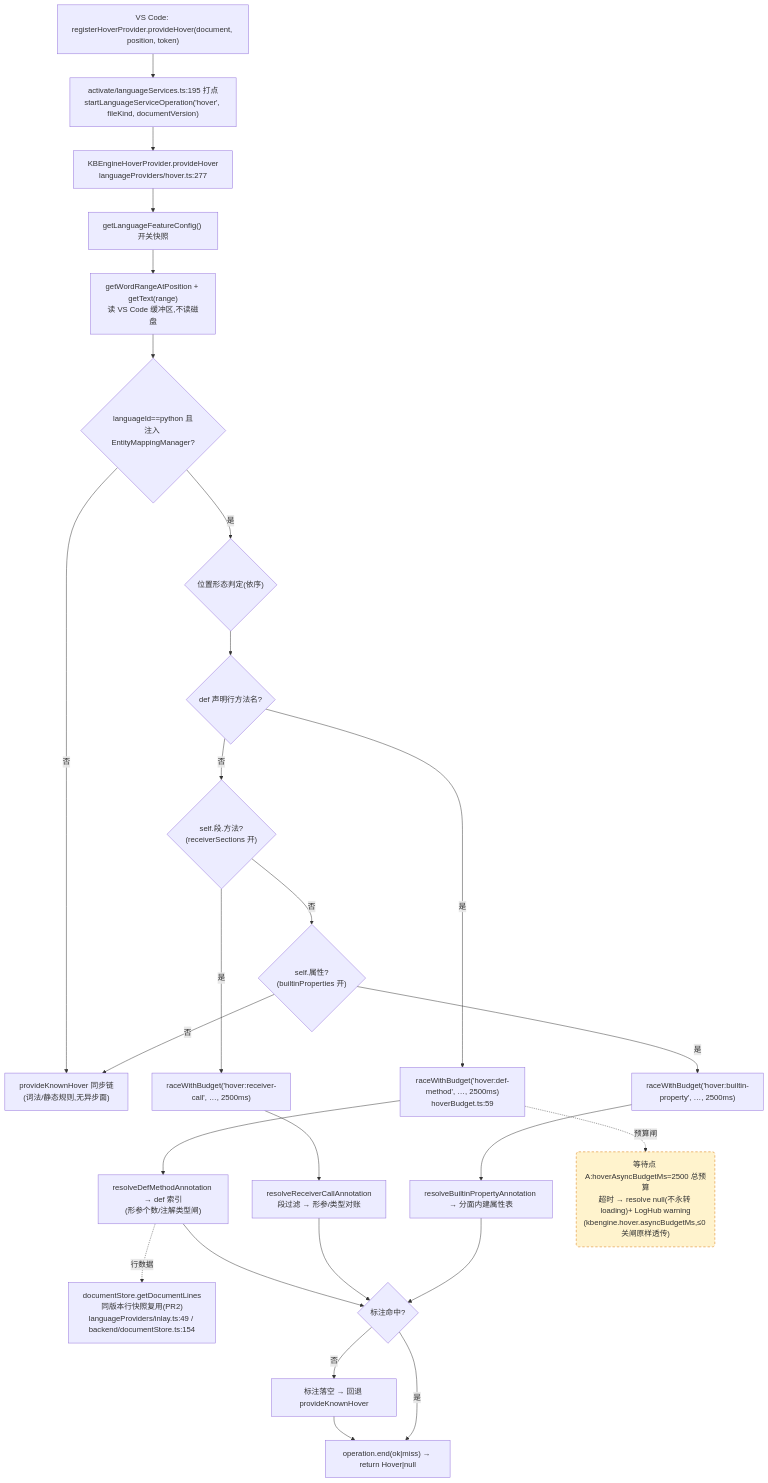
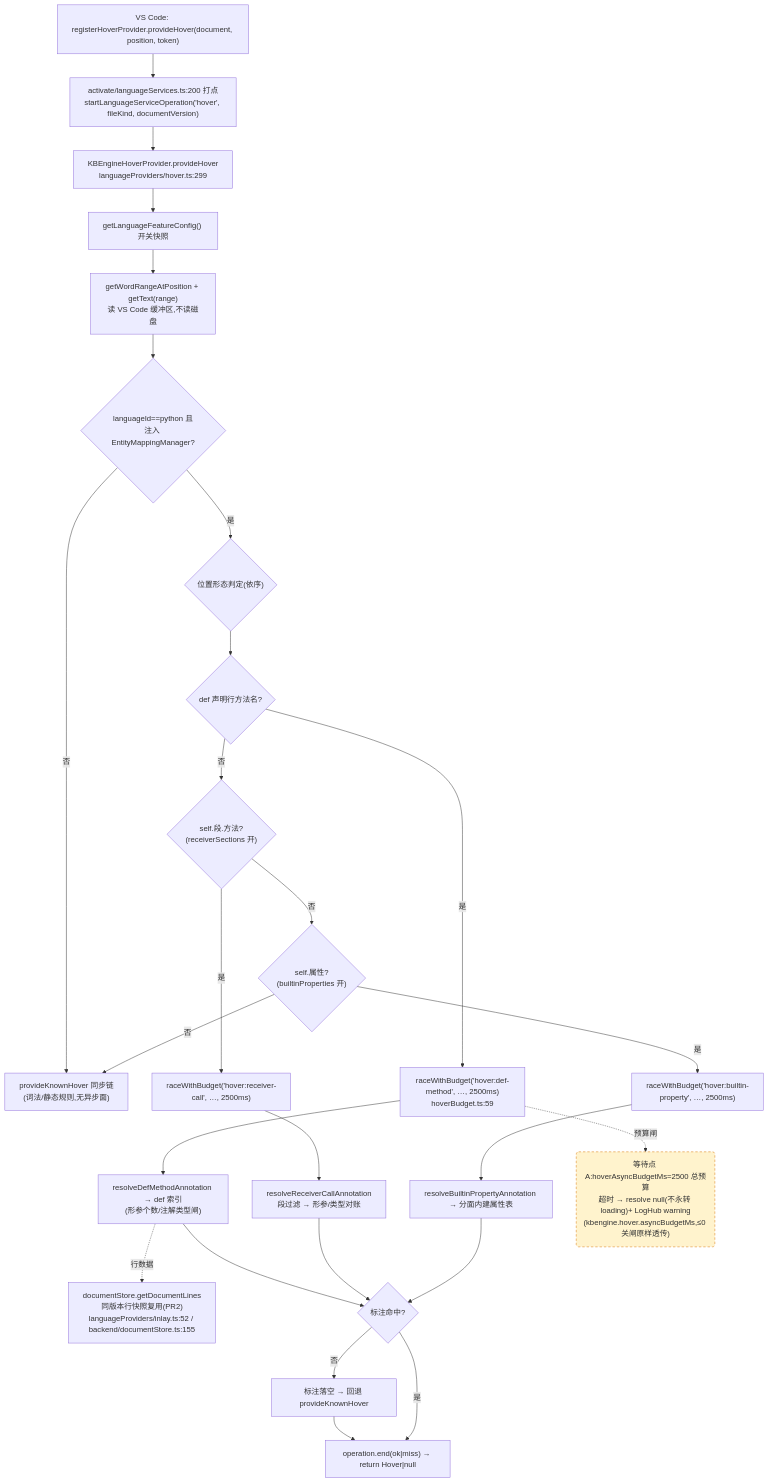
The first of 4 diagrams in docs/perf/2026-baseline.md (cuihairu/kode), drawn with Mermaid before and after one commit. The commit also changed other lines of this file and 19 other files, not shown here.

````diff
--- a/docs/perf/2026-baseline.md
+++ b/docs/perf/2026-baseline.md
@@ -82,45 +84,45 @@
 ```mermaid
 flowchart TD
   VC1["VS Code: registerHoverProvider.provideHover(document, position, token)"]
-  M1["activate/languageServices.ts:195 打点<br/>startLanguageServiceOperation('hover', fileKind, documentVersion)"]
-  HP["KBEngineHoverProvider.provideHover<br/>languageProviders/hover.ts:277"]
+  M1["activate/languageServices.ts:200 打点<br/>startLanguageServiceOperation('hover', fileKind, documentVersion)"]
+  HP["KBEngineHoverProvider.provideHover<br/>languageProviders/hover.ts:299"]
   CFG["getLanguageFeatureConfig() 开关快照"]
   WORD["getWordRangeAtPosition + getText(range)<br/>读 VS Code 缓冲区,不读磁盘"]
   BR{"languageId==python 且<br/>注入 EntityMappingManager?"}
   KN["provideKnownHover 同步链<br/>(词法/静态规则,无异步面)"]
   POS{"位置形态判定(依序)"}
   D1{"def 声明行方法名?"}
   D2{"self.段.方法?<br/>(receiverSections 开)"}
   D3{"self.属性?<br/>(builtinProperties 开)"}
   RA1["raceWithBudget('hover:def-method', …, 2500ms)<br/>hoverBudget.ts:59"]
   RA2["raceWithBudget('hover:receiver-call', …, 2500ms)"]
   RA3["raceWithBudget('hover:builtin-property', …, 2500ms)"]
   RS1["resolveDefMethodAnnotation → def 索引<br/>(形参个数/注解类型闸)"]
   RS2["resolveReceiverCallAnnotation<br/>段过滤 → 形参/类型对账"]
   RS3["resolveBuiltinPropertyAnnotation → 分面内建属性表"]
-  LINES["documentStore.getDocumentLines<br/>同版本行快照复用(PR2)<br/>languageProviders/inlay.ts:49 / backend/documentStore.ts:154"]
+  LINES["documentStore.getDocumentLines<br/>同版本行快照复用(PR2)<br/>languageProviders/inlay.ts:52 / backend/documentStore.ts:155"]
   MISS["标注落空 → 回退 provideKnownHover"]
   END1["operation.end(ok|miss) → return Hover|null"]
 
   VC1 --> M1 --> HP --> CFG --> WORD --> BR
   BR -- "否" --> KN
   BR -- "是" --> POS --> D1
   D1 -- "是" --> RA1 --> RS1
   D1 -- "否" --> D2
   D2 -- "是" --> RA2 --> RS2
   D2 -- "否" --> D3
   D3 -- "是" --> RA3 --> RS3
   D3 -- "否" --> KN
   RS1 --> HIT{"标注命中?"}
   RS2 --> HIT
   RS3 --> HIT
   RS1 -.->|行数据| LINES
   HIT -- "否" --> MISS --> END1
   HIT -- "是" --> END1
 
   WAITA("等待点 A:hoverAsyncBudgetMs=2500 总预算<br/>超时 → resolve null(不永转 loading)+ LogHub warning<br/>(kbengine.hover.asyncBudgetMs,≤0 关闸原样透传)")
   RA1 -.->|预算闸| WAITA
 
   classDef waitPoint fill:#fff3cd,stroke:#d97706,stroke-dasharray:5 4;
   class WAITA waitPoint;
 ```
````
